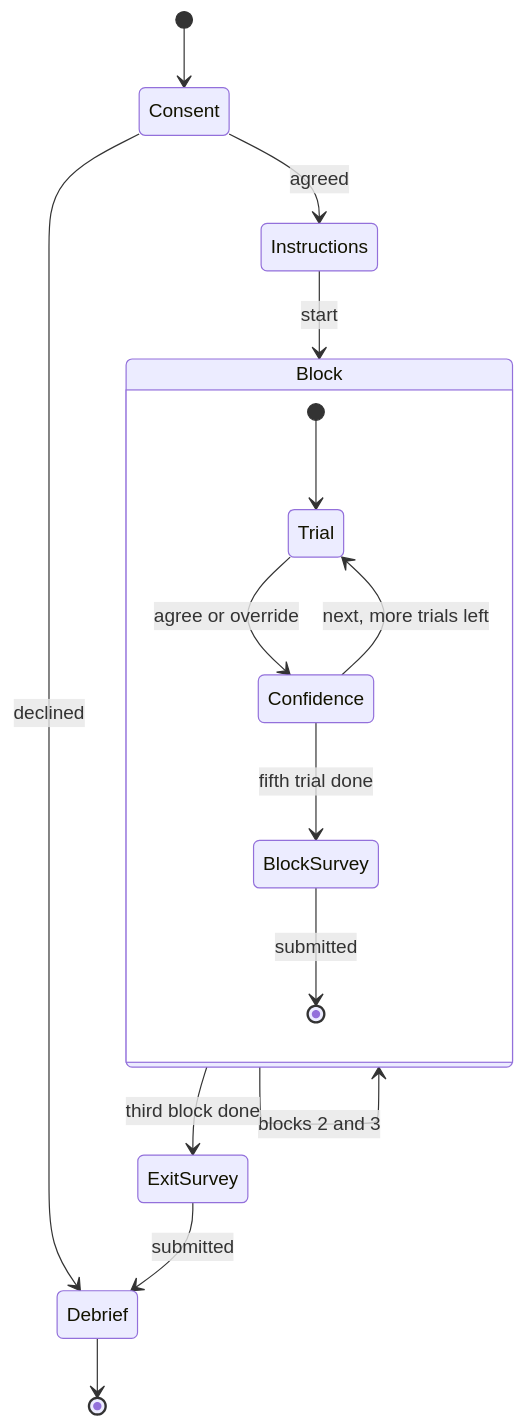
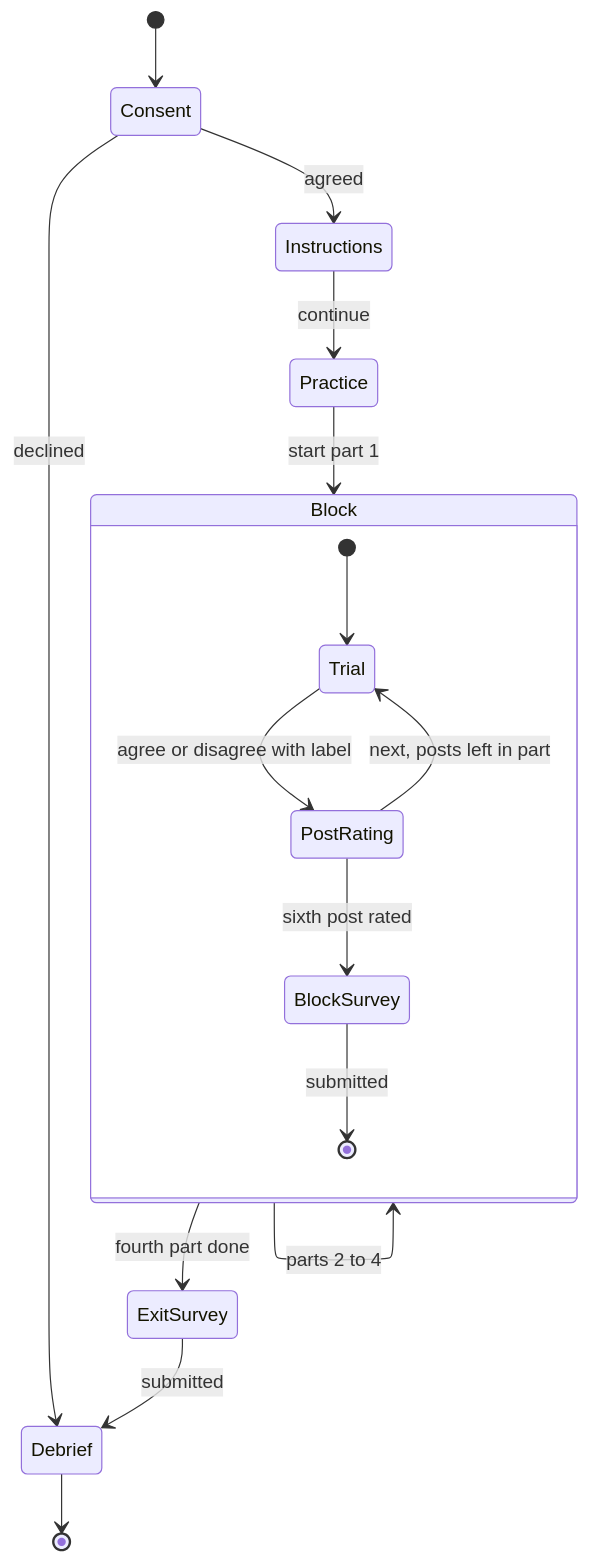
Before and after one commit to bibekgupta3333/HCI: the first of 2 diagrams in docs/system-design.md, drawn with Mermaid. The commit also changed other lines of this file and 27 other files, not shown here.

````diff
--- a/docs/system-design.md
+++ b/docs/system-design.md
@@ -79,18 +110,19 @@
 ```mermaid
 stateDiagram-v2
     [*] --> Consent
     Consent --> Debrief : declined
     Consent --> Instructions : agreed
-    Instructions --> Block : start
+    Instructions --> Practice : continue
+    Practice --> Block : start part 1
     state Block {
         [*] --> Trial
-        Trial --> Confidence : agree or override
-        Confidence --> Trial : next, more trials left
-        Confidence --> BlockSurvey : fifth trial done
+        Trial --> PostRating : agree or disagree with label
+        PostRating --> Trial : next, posts left in part
+        PostRating --> BlockSurvey : sixth post rated
         BlockSurvey --> [*] : submitted
     }
-    Block --> Block : blocks 2 and 3
-    Block --> ExitSurvey : third block done
+    Block --> Block : parts 2 to 4
+    Block --> ExitSurvey : fourth part done
     ExitSurvey --> Debrief : submitted
     Debrief --> [*]
 ```
````
